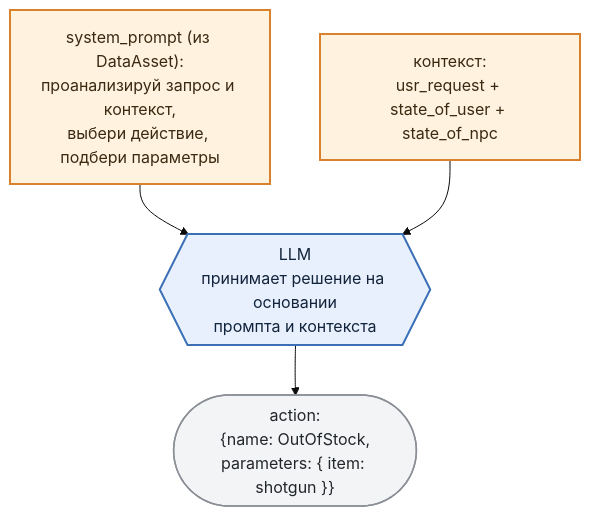
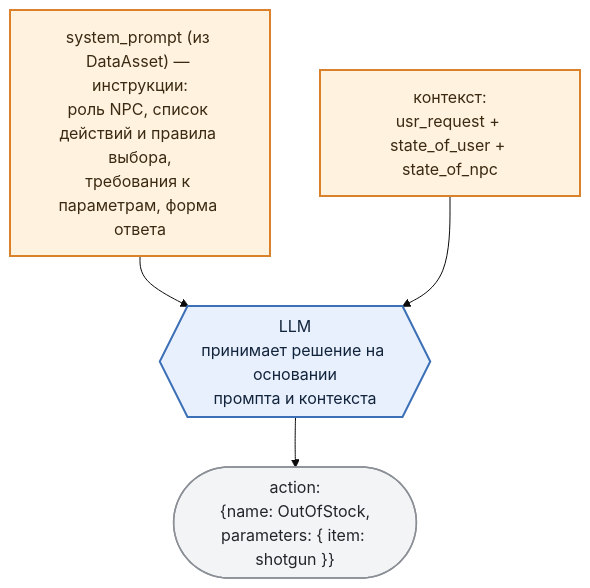
The first of 2 diagrams in docs/parts/section-04-function-calling.md (MimusTriurus/ullama_demo), drawn with Mermaid (base theme) before and after one commit. The commit also changed other lines of this file and 3 other files, not shown here.

````diff
--- a/docs/parts/section-04-function-calling.md
+++ b/docs/parts/section-04-function-calling.md
@@ -21,21 +23,21 @@
 ```mermaid
 flowchart TD
-    SP["system_prompt (из DataAsset):<br/>проанализируй запрос и контекст,<br/>выбери действие, подбери параметры"]
+    SP["system_prompt (из DataAsset) — инструкции:<br/>роль NPC, список действий и правила выбора,<br/>требования к параметрам, форма ответа"]
     CTX["контекст:<br/>usr_request + state_of_user + state_of_npc"]
 
     LLM{{"LLM<br/>принимает решение на основании<br/>промпта и контекста"}}
 
     ACT(["action:<br/>{name: OutOfStock,<br/>parameters: { item: shotgun }}"])
 
     SP --> LLM
     CTX --> LLM
     LLM --> ACT
 
     classDef state fill:#fff3e0,stroke:#d9822b,stroke-width:2px,color:#3b2a12
     classDef engine fill:#e8f0fe,stroke:#3b6fb6,stroke-width:2px,color:#12243b
     classDef edge fill:#f3f4f6,stroke:#8b8f96,stroke-width:1.5px,color:#22262b
 
     class SP,CTX state
     class LLM engine
     class ACT edge
 ```
````
